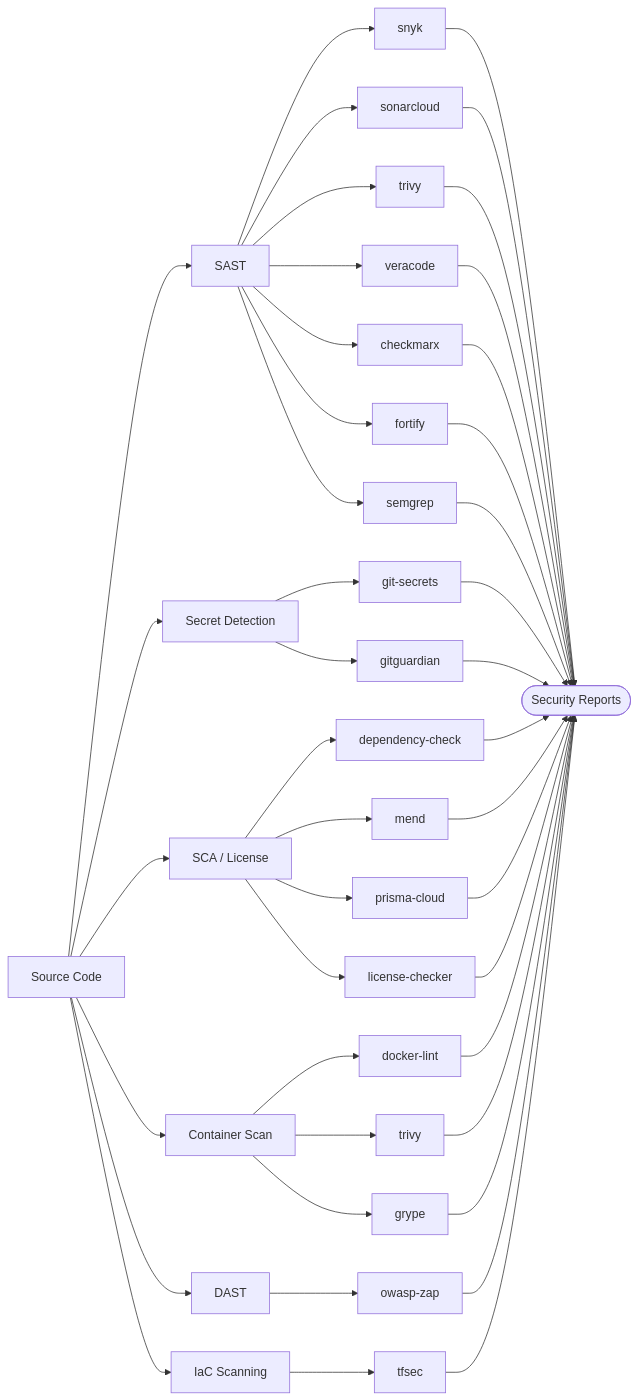
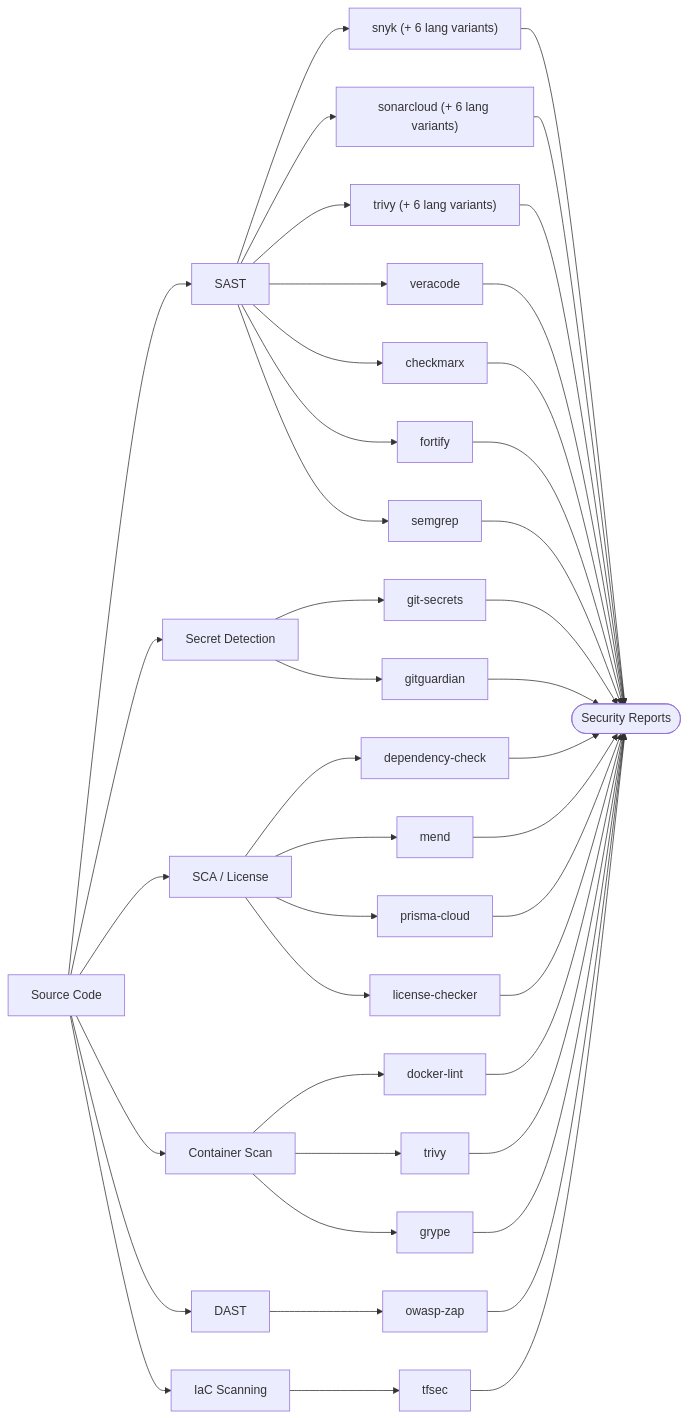
One commit to mwashburn160/pipeline-builder changed the diagram in docs/plugins/security.md. Above: the diagram before and after it, drawn with Mermaid. The commit also changed other lines of this file and 118 other files, not shown here.

````diff
--- a/docs/plugins/security.md
+++ b/docs/plugins/security.md
@@ -5,33 +5,35 @@
 ```mermaid
 flowchart LR
     Code[Source Code] --> SAST[SAST]
     Code --> Secrets[Secret Detection]
     Code --> SCA[SCA / License]
     Code --> Container[Container Scan]
     Code --> DAST[DAST]
 
     Code --> IaC[IaC Scanning]
 
-    SAST --> snyk & sonarcloud & trivy
+    SAST --> snyk["snyk (+ 6 lang variants)"]
+    SAST --> sonarcloud["sonarcloud (+ 6 lang variants)"]
+    SAST --> trivy["trivy (+ 6 lang variants)"]
     SAST --> veracode & checkmarx & fortify
     SAST --> semgrep
 
     Secrets --> git-secrets & gitguardian
 
     SCA --> dependency-check & mend & prisma-cloud
     SCA --> license-checker
 
     Container --> docker-lint
     Container --> trivy2[trivy]
     Container --> grype
 
     IaC --> tfsec
 
     DAST --> owasp-zap
 
     snyk & sonarcloud & trivy & veracode & checkmarx & fortify & semgrep --> Reports([Security Reports])
     git-secrets & gitguardian --> Reports
     dependency-check & mend & prisma-cloud & license-checker --> Reports
     docker-lint & trivy2 & grype --> Reports
     owasp-zap & tfsec --> Reports
 ```
````
